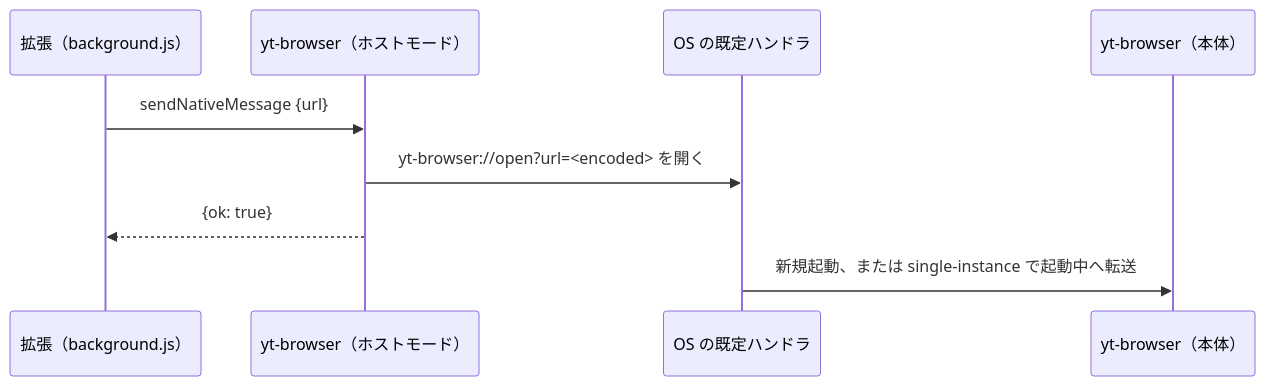
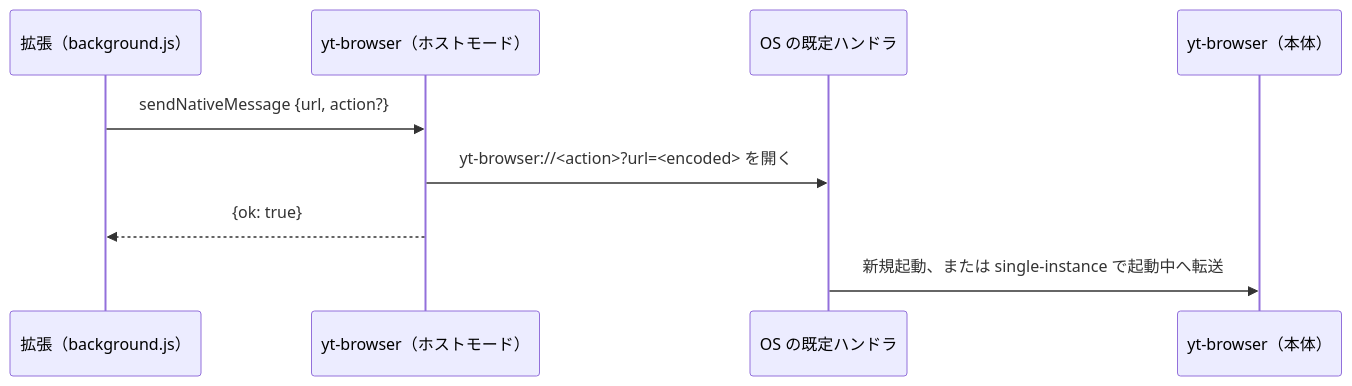
One commit to Tkg-tamagohan/yt-browser changed the second of 2 diagrams in docs/design.md. Above: the diagram before and after it, drawn with Mermaid. The commit also changed other lines of this file and 25 other files, not shown here.

````diff
--- a/docs/design.md
+++ b/docs/design.md
@@ -224,11 +234,11 @@
 ```mermaid
 sequenceDiagram
     participant Ext as 拡張（background.js）
     participant Host as yt-browser（ホストモード）
     participant OS as OS の既定ハンドラ
     participant App as yt-browser（本体）
-    Ext->>Host: sendNativeMessage {url}
-    Host->>OS: yt-browser://open?url=<encoded> を開く
+    Ext->>Host: sendNativeMessage {url, action?}
+    Host->>OS: yt-browser://<action>?url=<encoded> を開く
     Host-->>Ext: {ok: true}
     OS->>App: 新規起動、または single-instance で起動中へ転送
 ```
````
